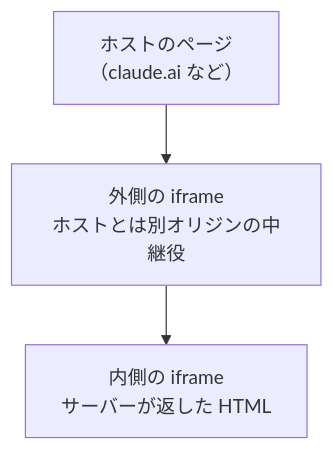
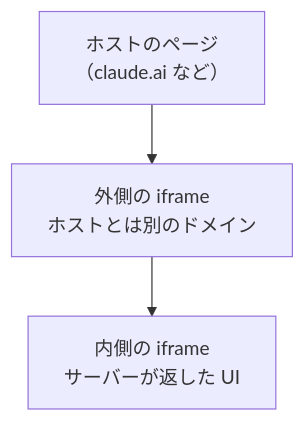
One commit to yamazaki-yuki-23/qiita-tech-blogs changed the third of 3 diagrams in public/2026-09-mcp-apps-iekei-ramen.md. Above: the diagram before and after it, drawn with Mermaid. The commit also changed other lines of this file, not shown here.

````diff
--- a/public/2026-09-mcp-apps-iekei-ramen.md
+++ b/public/2026-09-mcp-apps-iekei-ramen.md
@@ -492,9 +522,9 @@
 ```mermaid
 flowchart TB
     host["ホストのページ<br/>（claude.ai など）"]
-    proxy["外側の iframe<br/>ホストとは別オリジンの中継役"]
-    view["内側の iframe<br/>サーバーが返した HTML"]
+    proxy["外側の iframe<br/>ホストとは別のドメイン"]
+    view["内側の iframe<br/>サーバーが返した UI"]
 
     host --> proxy
     proxy --> view
 ```
````
